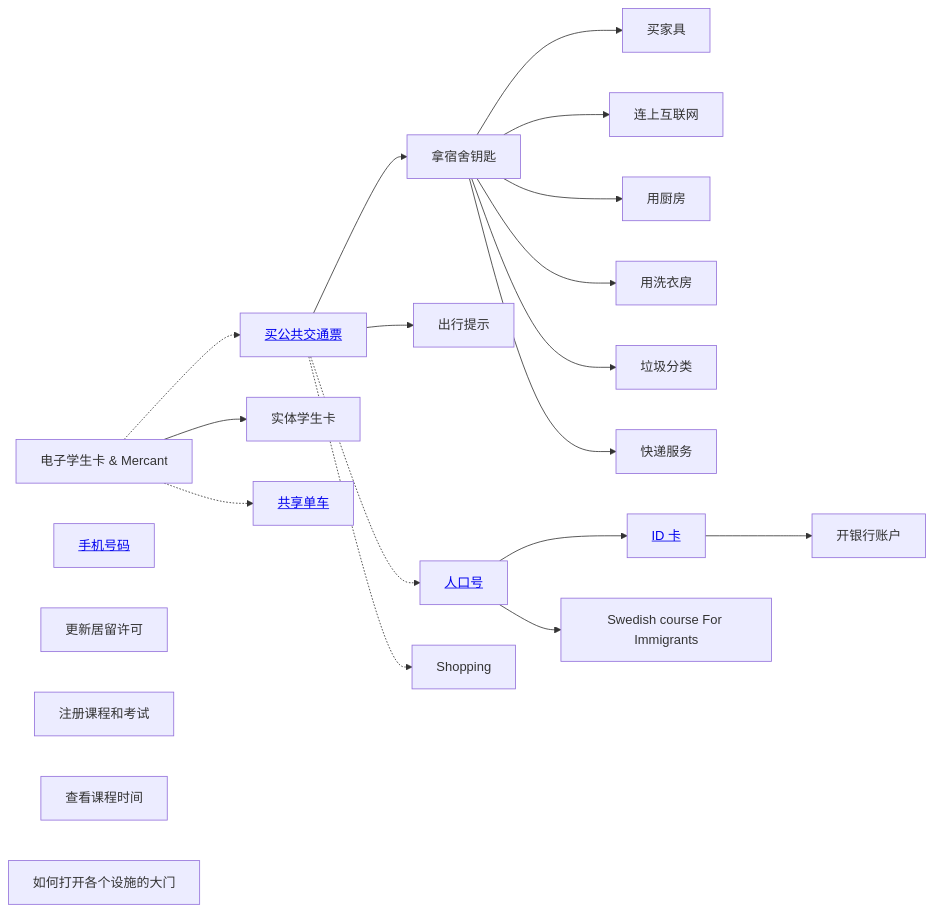
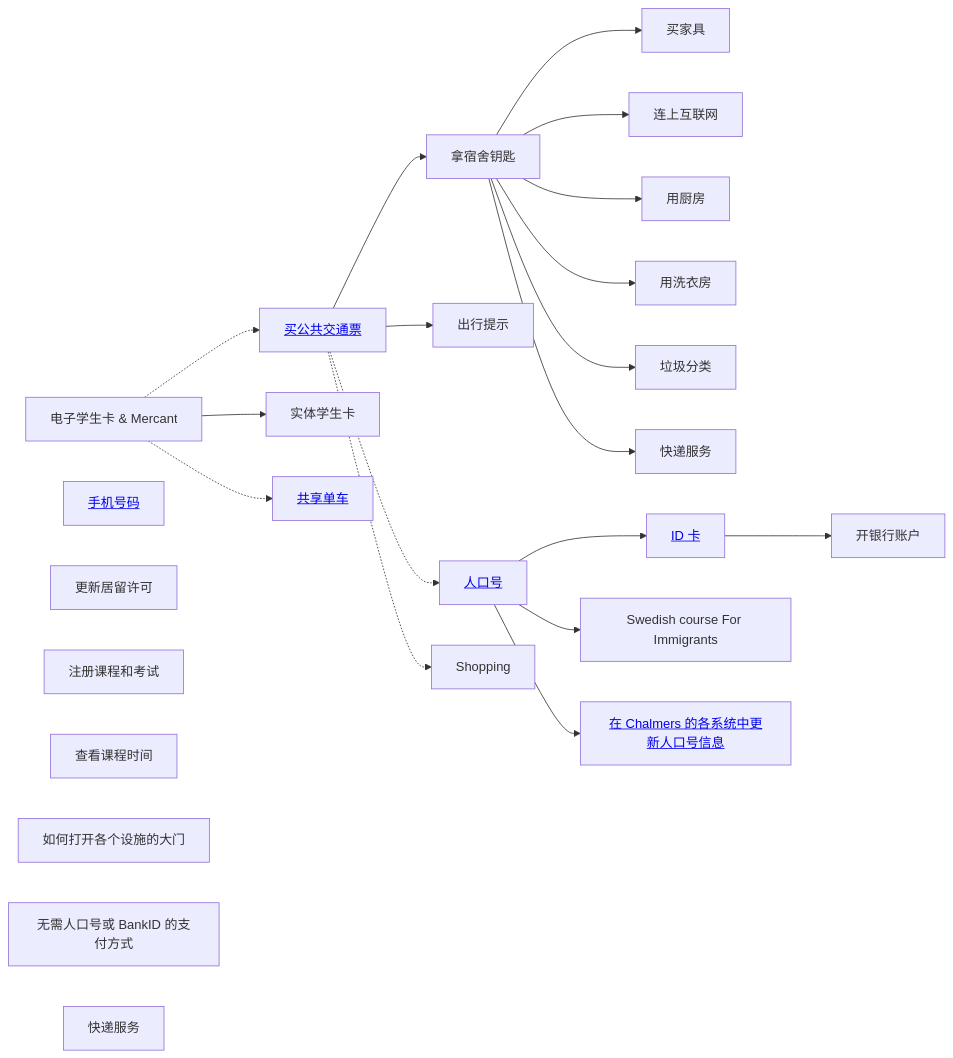
Before and after one commit to chalmers-hub/first-week-in-chalmers: the diagram in content/docs/step-by-step/introduction.zh.md, drawn with Mermaid. The commit also changed 8 other files, not shown here.

Commit message:
Create article "Update personal identity number information in Chalmers"

```diff
--- a/content/docs/step-by-step/introduction.zh.md
+++ b/content/docs/step-by-step/introduction.zh.md
@@ -21,25 +21,28 @@
 <pre class="mermaid">
     graph LR
         travel[<a href="/zh/docs/transport/ticket">买公共交通票</a>] --> accommodation[拿宿舍钥匙]
         accommodation --> furniture[买家具]
         accommodation --> internet[连上互联网]
         accommodation --> cook[用厨房]
         accommodation --> laundry[用洗衣房]
         accommodation --> rubbish[垃圾分类]
         accommodation --> shopping[快递服务]
         travel --> traffic[出行提示]
         travel -.-> personal
         personal[<a href="/zh/docs/id/personal-number">人口号</a>] --> id[<a href="/zh/docs/id/id-card">ID 卡</a>]
         id --> bank[开银行账户]
         travel -.-> Shopping
         DigitalStudentCard[电子学生卡 & Mercant]
         DigitalStudentCard --> PhysicalStudentCard[实体学生卡]
         DigitalStudentCard -.-> travel
         phone[<a href="/zh/docs/phone/circ-sim/">手机号码</a>]
         Refresh[更新居留许可]
         personal --> SFI[Swedish course For Immigrants]
+        personal --> update[<a href="/zh/docs/id/update-pn-in-chalm/">在 Chalmers 的各系统中更新人口号信息</a>]
         DigitalStudentCard -.-> bicycle[<a href="/zh/docs/transport/shared-bicycle/">共享单车</a>]
         course[注册课程和考试]
         timeEdit[查看课程时间]
         doors[如何打开各个设施的大门]
+        pays[无需人口号或 BankID 的支付方式]
+        delivery[快递服务]
 </pre>
```
